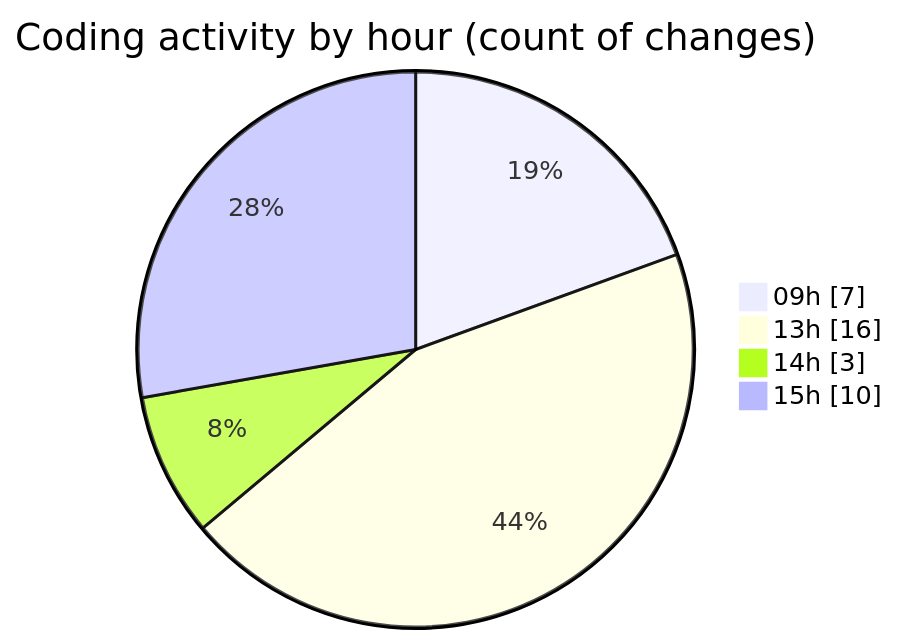
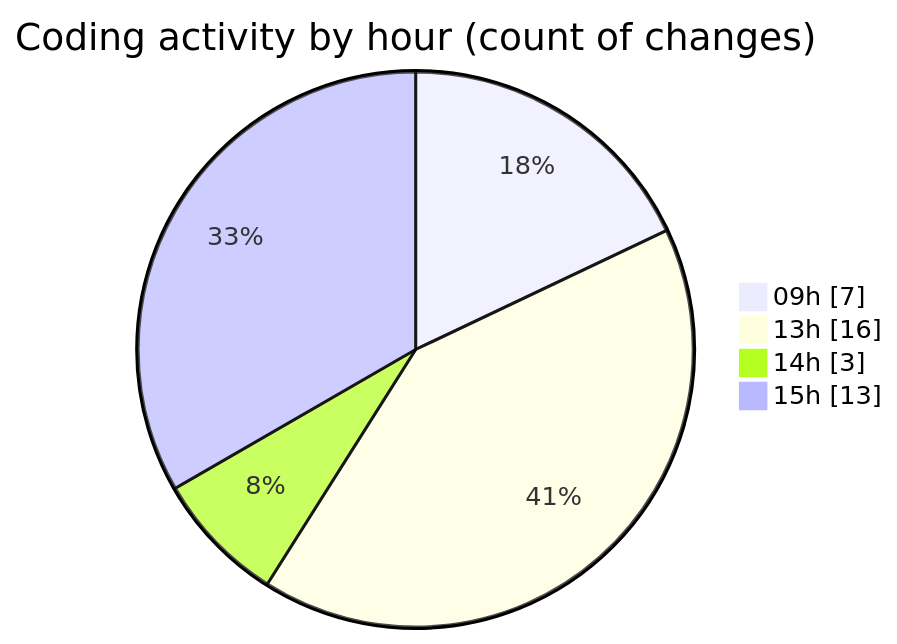
One commit to momahboobian/code-tracking changed the second of 2 diagrams in 2025-01-31/cda/README.md. Above: the diagram before and after it, drawn with Mermaid. The commit also changed other lines of this file and 1 other file, not shown here.

````diff
--- a/2025-01-31/cda/README.md
+++ b/2025-01-31/cda/README.md
@@ -35,8 +35,8 @@
 ```mermaid
 pie showData
 title Coding activity by hour (count of changes)
 "09h" : 7
 "13h" : 16
 "14h" : 3
-"15h" : 10
+"15h" : 13
 ```
````
